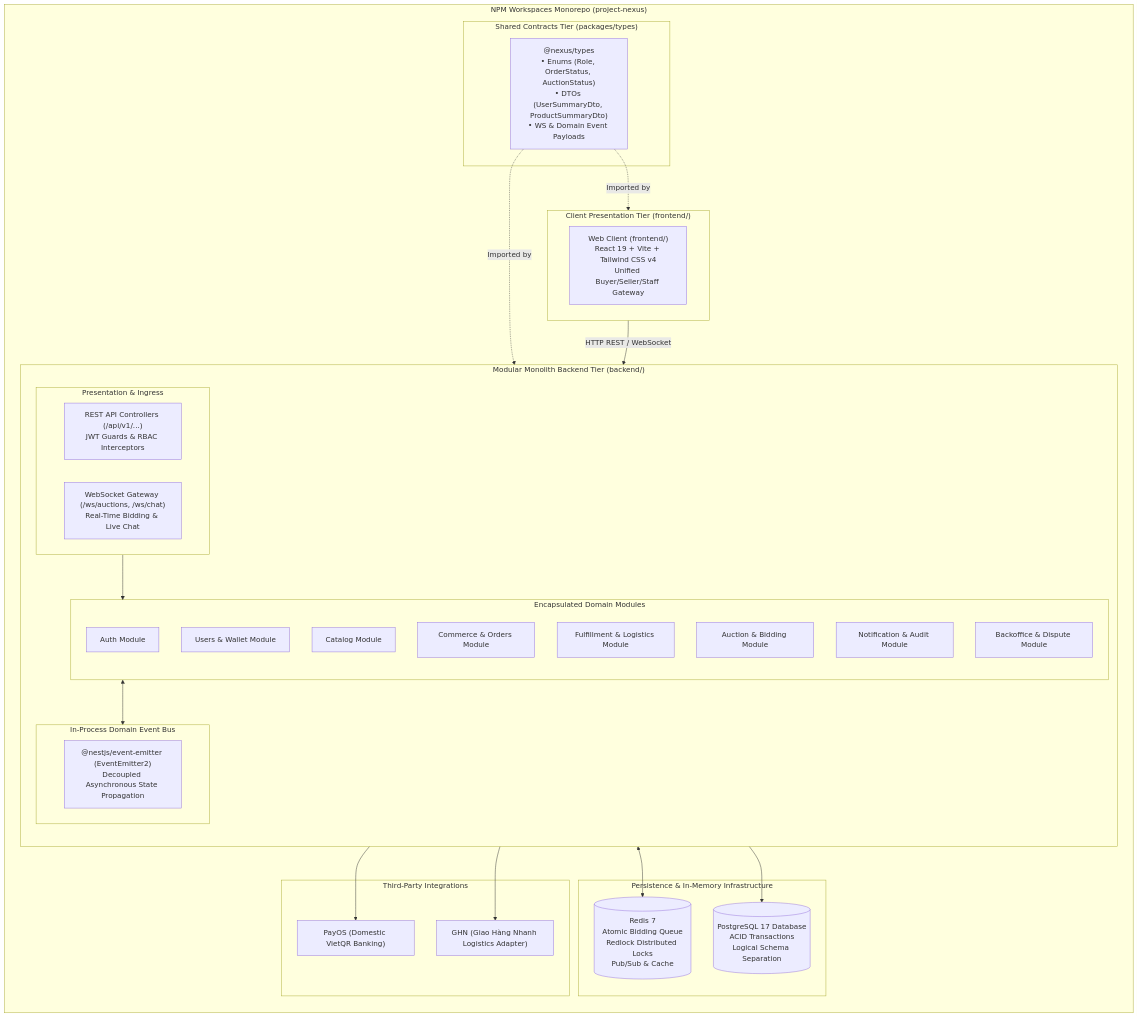
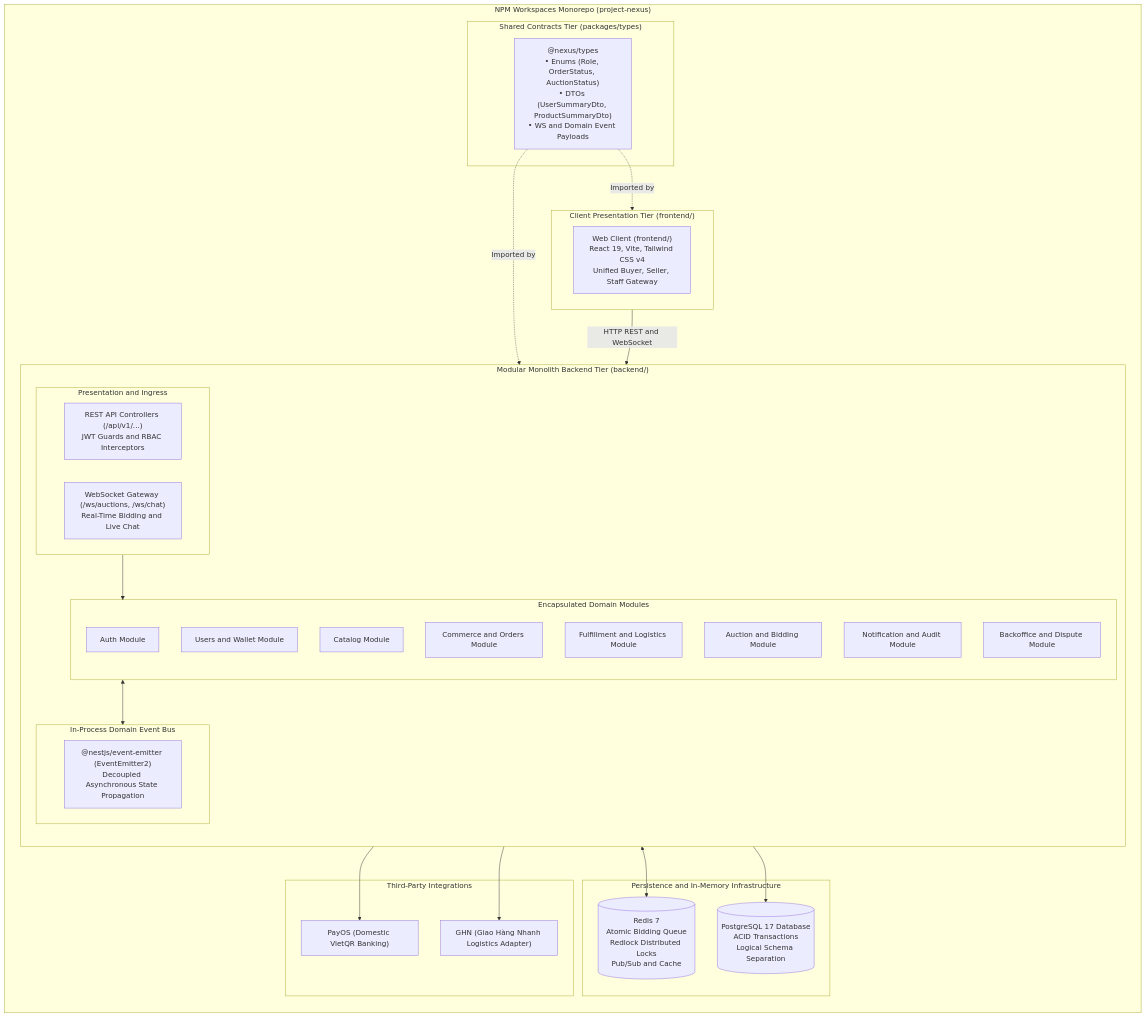
One commit to MinhPhuc00ne/project-nexus changed the first of 2 diagrams in docs/architecture/ARCHITECTURE_MODEL.md. Above: the diagram before and after it, drawn with Mermaid. The commit also changed other lines of this file and 3 other files, not shown here.

Commit message:
docs(architecture): translate architecture and srs specifications to US English

````diff
--- a/docs/architecture/ARCHITECTURE_MODEL.md
+++ b/docs/architecture/ARCHITECTURE_MODEL.md
@@ -11,59 +11,59 @@
 ```mermaid
 flowchart TB
     subgraph MonorepoRoot["NPM Workspaces Monorepo (project-nexus)"]
         direction TB
 
         subgraph SharedTier["Shared Contracts Tier (packages/types)"]
-            TypesPackage["@nexus/types<br/>• Enums (Role, OrderStatus, AuctionStatus)<br/>• DTOs (UserSummaryDto, ProductSummaryDto)<br/>• WS & Domain Event Payloads"]
+            TypesPackage["@nexus/types<br/>• Enums (Role, OrderStatus, AuctionStatus)<br/>• DTOs (UserSummaryDto, ProductSummaryDto)<br/>• WS and Domain Event Payloads"]
         end
 
         subgraph ClientTier["Client Presentation Tier (frontend/)"]
-            WebClient["Web Client (frontend/)<br/>React 19 + Vite + Tailwind CSS v4<br/>Unified Buyer/Seller/Staff Gateway"]
+            WebClient["Web Client (frontend/)<br/>React 19, Vite, Tailwind CSS v4<br/>Unified Buyer, Seller, Staff Gateway"]
         end
 
         subgraph BackendTier["Modular Monolith Backend Tier (backend/)"]
             direction TB
 
-            subgraph IngressLayer["Presentation & Ingress"]
-                HTTPControllers["REST API Controllers (/api/v1/...)<br/>JWT Guards & RBAC Interceptors"]
-                WSGateway["WebSocket Gateway (/ws/auctions, /ws/chat)<br/>Real-Time Bidding & Live Chat"]
+            subgraph IngressLayer["Presentation and Ingress"]
+                HTTPControllers["REST API Controllers (/api/v1/...)<br/>JWT Guards and RBAC Interceptors"]
+                WSGateway["WebSocket Gateway (/ws/auctions, /ws/chat)<br/>Real-Time Bidding and Live Chat"]
             end
 
             subgraph ModulesLayer["Encapsulated Domain Modules"]
                 AuthMod["Auth Module"]
-                UsersMod["Users & Wallet Module"]
+                UsersMod["Users and Wallet Module"]
                 CatalogMod["Catalog Module"]
-                CommerceMod["Commerce & Orders Module"]
-                FulfillMod["Fulfillment & Logistics Module"]
-                AuctionMod["Auction & Bidding Module"]
-                NotifyMod["Notification & Audit Module"]
-                BackofficeMod["Backoffice & Dispute Module"]
+                CommerceMod["Commerce and Orders Module"]
+                FulfillMod["Fulfillment and Logistics Module"]
+                AuctionMod["Auction and Bidding Module"]
+                NotifyMod["Notification and Audit Module"]
+                BackofficeMod["Backoffice and Dispute Module"]
             end
 
             subgraph EventBus["In-Process Domain Event Bus"]
                 EventEmitter["@nestjs/event-emitter (EventEmitter2)<br/>Decoupled Asynchronous State Propagation"]
             end
 
             IngressLayer --> ModulesLayer
             ModulesLayer <--> EventBus
         end
 
-        subgraph InfraTier["Persistence & In-Memory Infrastructure"]
+        subgraph InfraTier["Persistence and In-Memory Infrastructure"]
             PostgreSQL[(PostgreSQL 17 Database<br/>ACID Transactions<br/>Logical Schema Separation)]
-            Redis[(Redis 7<br/>Atomic Bidding Queue<br/>Redlock Distributed Locks<br/>Pub/Sub & Cache)]
+            Redis[(Redis 7<br/>Atomic Bidding Queue<br/>Redlock Distributed Locks<br/>Pub/Sub and Cache)]
         end
 
         subgraph ExternalAPIs["Third-Party Integrations"]
             PayOS["PayOS (Domestic VietQR Banking)"]
             GHN["GHN (Giao Hàng Nhanh Logistics Adapter)"]
         end
     end
 
     TypesPackage -.->|Imported by| ClientTier
     TypesPackage -.->|Imported by| BackendTier
-    ClientTier -->|HTTP REST / WebSocket| IngressLayer
+    ClientTier -->|HTTP REST and WebSocket| IngressLayer
     ModulesLayer --> PostgreSQL
     AuctionMod <--> Redis
     CommerceMod --> PayOS
     FulfillMod --> GHN
 ```
````
